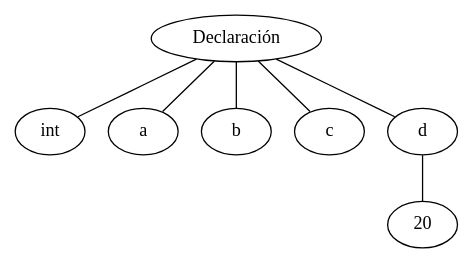
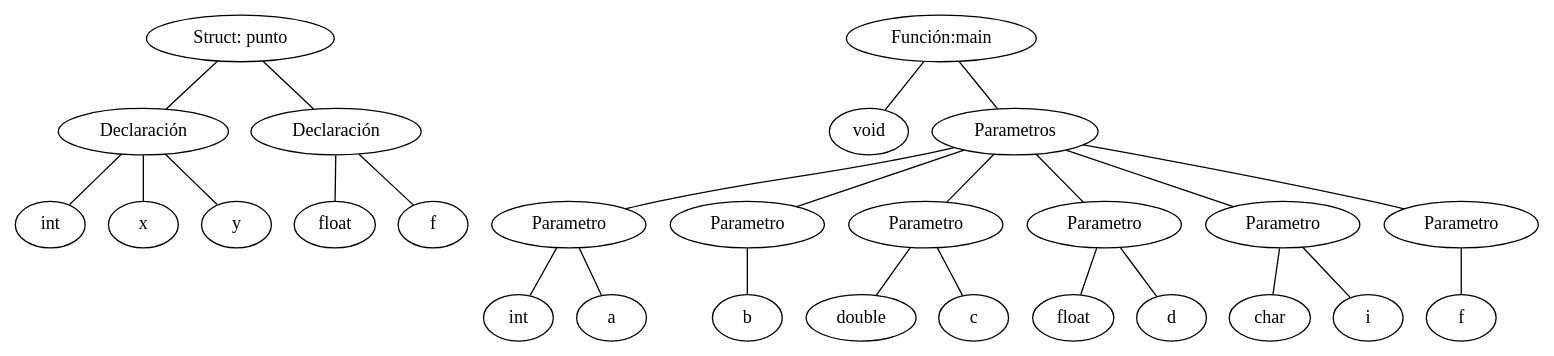
The diagram in Graph.gv (LudwinGit/MinorC), drawn with Graphviz before and after one commit. The commit also changed 8 other files, not shown here.

```diff
--- a/Graph.gv
+++ b/Graph.gv
@@ -1,15 +1,54 @@
 graph {
 	1 [label=int]
-	2 [label=a]
-	3 [label=b]
-	4 [label=c]
-	5 [label=20]
-	6 [label=d]
-	6 -- 5
+	2 [label=x]
+	3 [label=y]
+	4 [label="Declaración"]
+	4 -- 1
+	4 -- 2
+	4 -- 3
+	5 [label=float]
+	6 [label=f]
 	7 [label="Declaración"]
-	7 -- 1
-	7 -- 2
-	7 -- 3
-	7 -- 4
+	7 -- 5
 	7 -- 6
+	8 [label="Struct: punto"]
+	8 -- 4
+	8 -- 7
+	9 [label=void]
+	10 [label=int]
+	11 [label=a]
+	12 -- 10
+	12 [label=Parametro]
+	12 -- 11
+	13 [label=b]
+	14 [label=Parametro]
+	14 -- 13
+	15 [label=double]
+	16 [label=c]
+	17 -- 15
+	17 [label=Parametro]
+	17 -- 16
+	18 [label=float]
+	19 [label=d]
+	20 -- 18
+	20 [label=Parametro]
+	20 -- 19
+	21 [label=char]
+	22 [label=i]
+	23 -- 21
+	23 [label=Parametro]
+	23 -- 22
+	24 [label=f]
+	25 [label=Parametro]
+	25 -- 24
+	26 [label=Parametros]
+	26 -- 12
+	26 -- 14
+	26 -- 17
+	26 -- 20
+	26 -- 23
+	26 -- 25
+	27 [label="Función:main"]
+	27 -- 9
+	27 -- 26
 }
```
